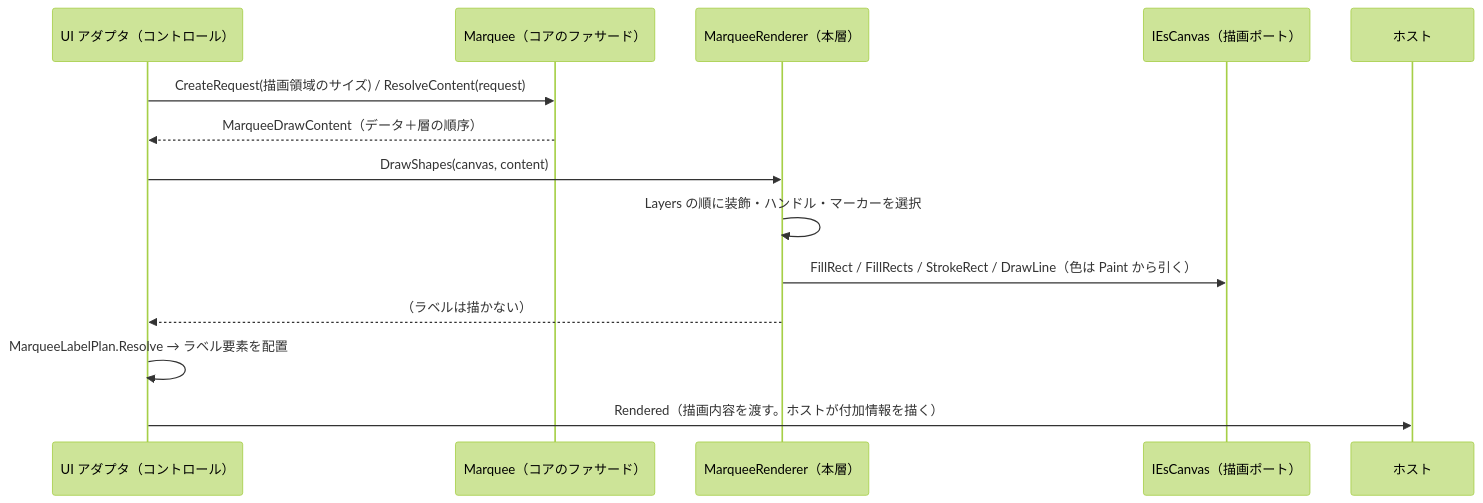
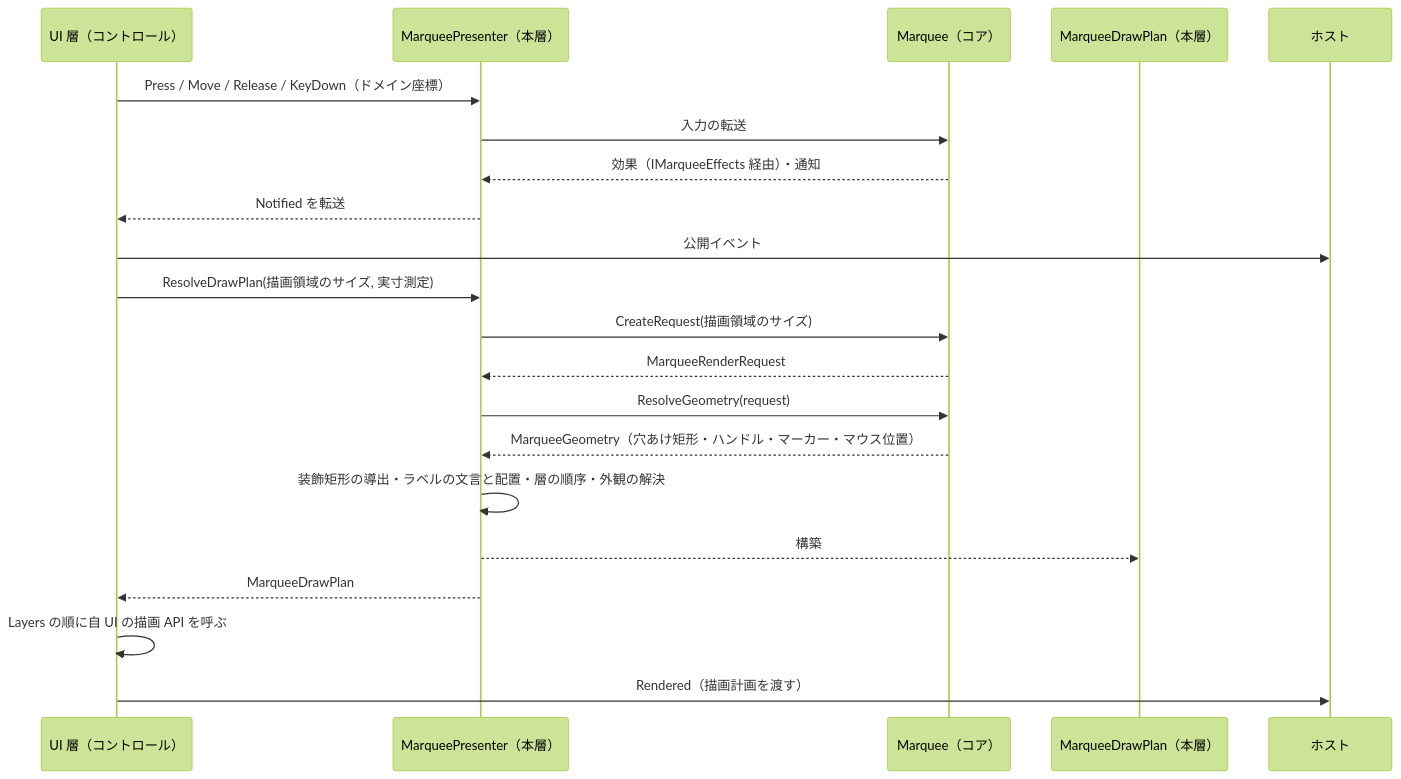
The first of 2 diagrams in src/Feature.Marquee.Presenter/SPEC_System.md (tomokuni/SaveEvidence), drawn with Mermaid (forest theme) before and after one commit. The commit also changed other lines of this file and 4 other files, not shown here.

````diff
--- a/src/Feature.Marquee.Presenter/SPEC_System.md
+++ b/src/Feature.Marquee.Presenter/SPEC_System.md
@@ -54,17 +46,24 @@
 ```mermaid
 sequenceDiagram
-    participant UI as UI アダプタ（コントロール）
-    participant M as Marquee（コアのファサード）
-    participant R as MarqueeRenderer（本層）
-    participant C as IEsCanvas（描画ポート）
+    participant UI as UI 層（コントロール）
+    participant P as MarqueePresenter（本層）
+    participant M as Marquee（コア）
+    participant D as MarqueeDrawPlan（本層）
     participant H as ホスト
 
-    UI->>M: CreateRequest(描画領域のサイズ) / ResolveContent(request)
-    M-->>UI: MarqueeDrawContent（データ＋層の順序）
-    UI->>R: DrawShapes(canvas, content)
-    R->>R: Layers の順に装飾・ハンドル・マーカーを選択
-    R->>C: FillRect / FillRects / StrokeRect / DrawLine（色は Paint から引く）
-    R-->>UI: （ラベルは描かない）
-    UI->>UI: MarqueeLabelPlan.Resolve → ラベル要素を配置
-    UI->>H: Rendered（描画内容を渡す。ホストが付加情報を描く）
+    UI->>P: Press / Move / Release / KeyDown（ドメイン座標）
+    P->>M: 入力の転送
+    M-->>P: 効果（IMarqueeEffects 経由）・通知
+    P-->>UI: Notified を転送
+    UI->>H: 公開イベント
+    UI->>P: ResolveDrawPlan(描画領域のサイズ, 実寸測定)
+    P->>M: CreateRequest(描画領域のサイズ)
+    M-->>P: MarqueeRenderRequest
+    P->>M: ResolveGeometry(request)
+    M-->>P: MarqueeGeometry（穴あけ矩形・ハンドル・マーカー・マウス位置）
+    P->>P: 装飾矩形の導出・ラベルの文言と配置・層の順序・外観の解決
+    P-->>D: 構築
+    P-->>UI: MarqueeDrawPlan
+    UI->>UI: Layers の順に自 UI の描画 API を呼ぶ
+    UI->>H: Rendered（描画計画を渡す）
 ```
````
